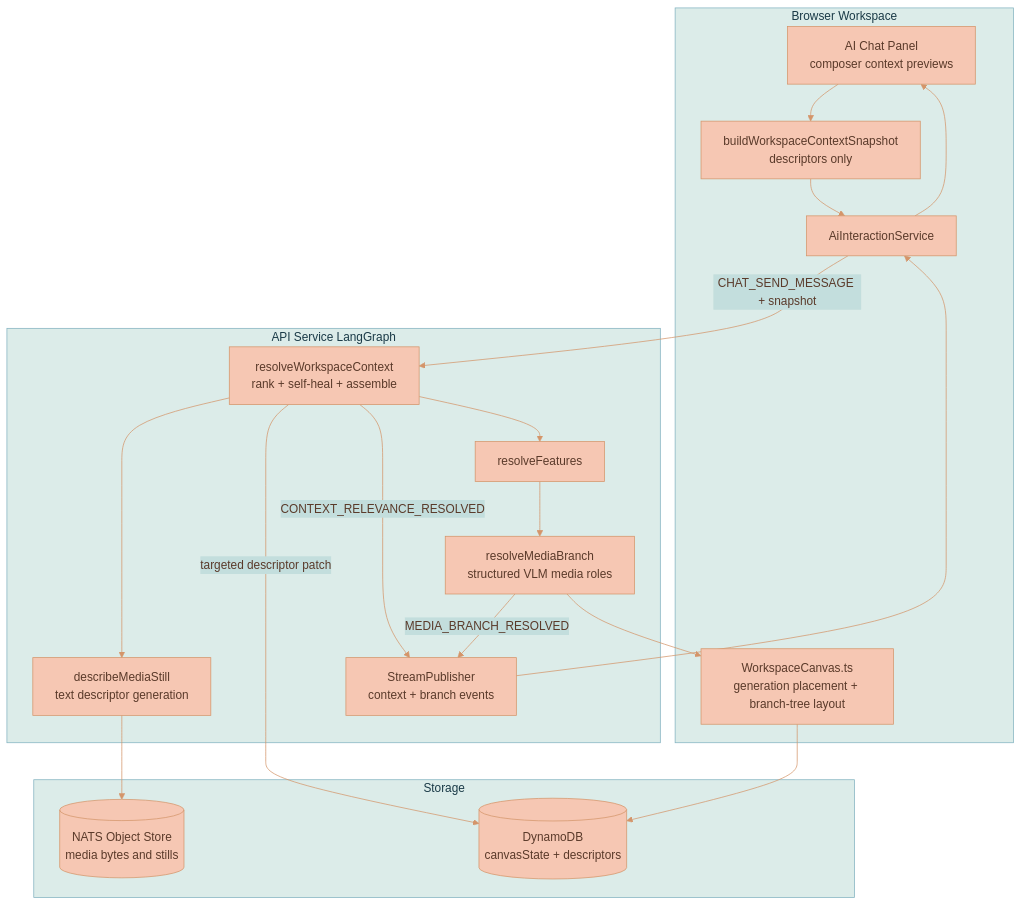
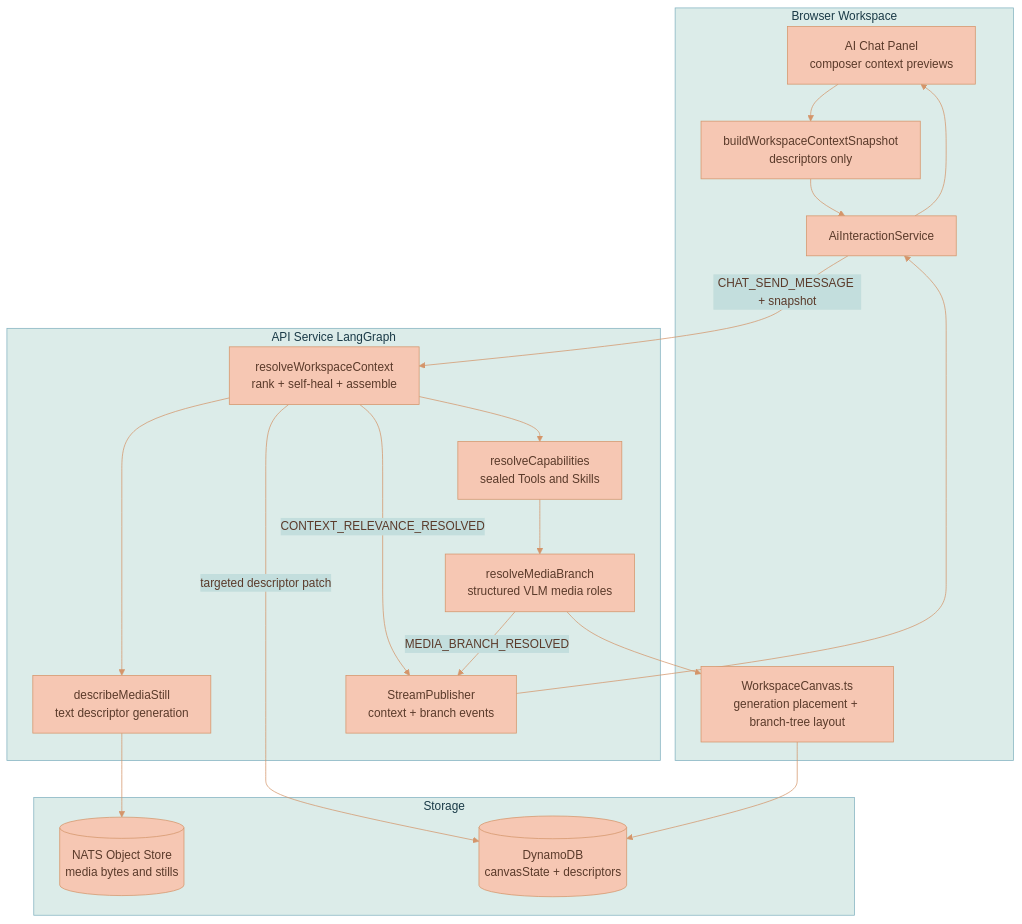
One commit to Lixpi/lixpi changed the first of 2 diagrams in documentation/ai-chat/CONTEXT-RELEVANCE.md. Above: the diagram before and after it, drawn with Mermaid. The commit also changed other lines of this file and 380 other files, not shown here.

````diff
--- a/documentation/ai-chat/CONTEXT-RELEVANCE.md
+++ b/documentation/ai-chat/CONTEXT-RELEVANCE.md
@@ -117,38 +117,38 @@
 ```mermaid
 %%{init: {'theme': 'base', 'themeVariables': { 'primaryColor': '#F6C7B3', 'primaryTextColor': '#5a3a2a', 'primaryBorderColor': '#d4956a', 'secondaryColor': '#C3DEDD', 'secondaryTextColor': '#1a3a47', 'secondaryBorderColor': '#4a8a9d', 'tertiaryColor': '#DCECE9', 'tertiaryTextColor': '#1a3a47', 'tertiaryBorderColor': '#82B2C0', 'lineColor': '#d4956a', 'textColor': '#5a3a2a'}}}%%
 flowchart TB
     subgraph Browser["Browser Workspace"]
         Panel[AI Chat Panel<br/>composer context previews]
         Snapshot[buildWorkspaceContextSnapshot<br/>descriptors only]
         AIS[AiInteractionService]
         Canvas[WorkspaceCanvas.ts<br/>generation placement + branch-tree layout]
     end
 
     subgraph API["API Service LangGraph"]
         Relevance[resolveWorkspaceContext<br/>rank + self-heal + assemble]
-        Features[resolveFeatures]
+        Capabilities[resolveCapabilities<br/>sealed Tools and Skills]
         Branch[resolveMediaBranch<br/>structured VLM media roles]
         Stream[StreamPublisher<br/>context + branch events]
         Describe[describeMediaStill<br/>text descriptor generation]
     end
 
     subgraph Storage["Storage"]
         DDB[(DynamoDB<br/>canvasState + descriptors)]
         Objects[(NATS Object Store<br/>media bytes and stills)]
     end
 
     Panel --> Snapshot
     Snapshot --> AIS
     AIS -->|CHAT_SEND_MESSAGE + snapshot| Relevance
     Relevance --> Describe
     Describe --> Objects
     Relevance -->|targeted descriptor patch| DDB
     Relevance -->|CONTEXT_RELEVANCE_RESOLVED| Stream
     Stream --> AIS
     AIS --> Panel
-    Relevance --> Features
-    Features --> Branch
+    Relevance --> Capabilities
+    Capabilities --> Branch
     Branch -->|MEDIA_BRANCH_RESOLVED| Stream
     Branch --> Canvas
     Canvas --> DDB
 ```
````
